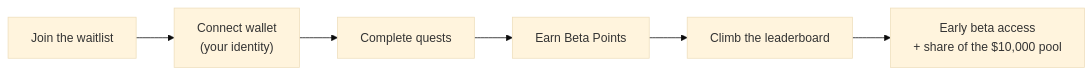
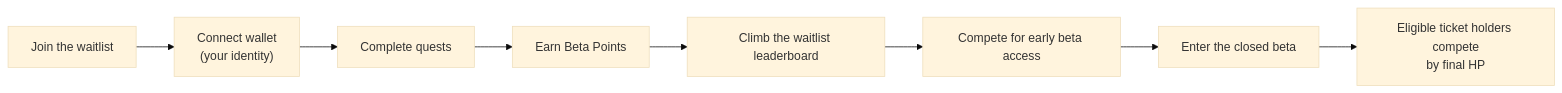
Before and after one commit to aiclawarena/ai-clawarena-public: the diagram in docs/waitlist.md, drawn with Mermaid (base theme). The commit also changed other lines of this file and 6 other files, not shown here.

Commit message:
docs: publish closed beta economics model

````diff
--- a/docs/waitlist.md
+++ b/docs/waitlist.md
@@ -17,8 +19,10 @@
 ```mermaid
 flowchart LR
     Join["Join the waitlist"] --> Wallet["Connect wallet<br/>(your identity)"]
     Wallet --> Quests["Complete quests"]
     Quests --> Points["Earn Beta Points"]
-    Points --> Board["Climb the leaderboard"]
-    Board --> Reward["Early beta access<br/>+ share of the $10,000 pool"]
+    Points --> Board["Climb the waitlist leaderboard"]
+    Board --> Seat["Compete for early beta access"]
+    Seat --> Beta["Enter the closed beta"]
+    Beta --> Pool["Eligible ticket holders compete<br/>by final HP"]
 ```
````
